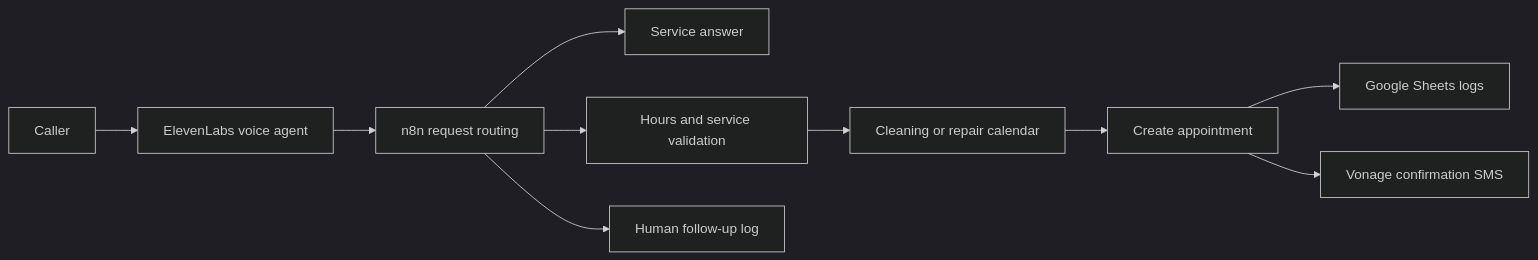
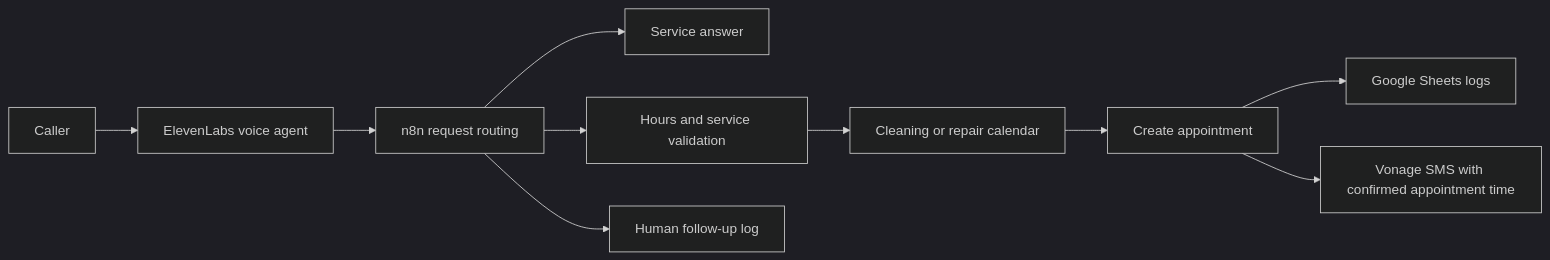
Before and after one commit to nour2303/nile-auto-ai-voice-receptionist: the diagram in README.md, drawn with Mermaid (dark theme). The commit also changed other lines of this file, not shown here.

Commit message:
Clarify appointment time in SMS confirmation

````diff
--- a/README.md
+++ b/README.md
@@ -7,12 +10,12 @@
 ```mermaid
 flowchart LR
     Caller[Caller] --> Voice[ElevenLabs voice agent]
     Voice --> Router[n8n request routing]
     Router --> Info[Service answer]
     Router --> Hours[Hours and service validation]
     Hours --> Calendars[Cleaning or repair calendar]
     Calendars --> Confirm[Create appointment]
     Confirm --> Logs[Google Sheets logs]
-    Confirm --> SMS[Vonage confirmation SMS]
+    Confirm --> SMS[Vonage SMS with confirmed appointment time]
     Router --> Human[Human follow-up log]
 ```
````
